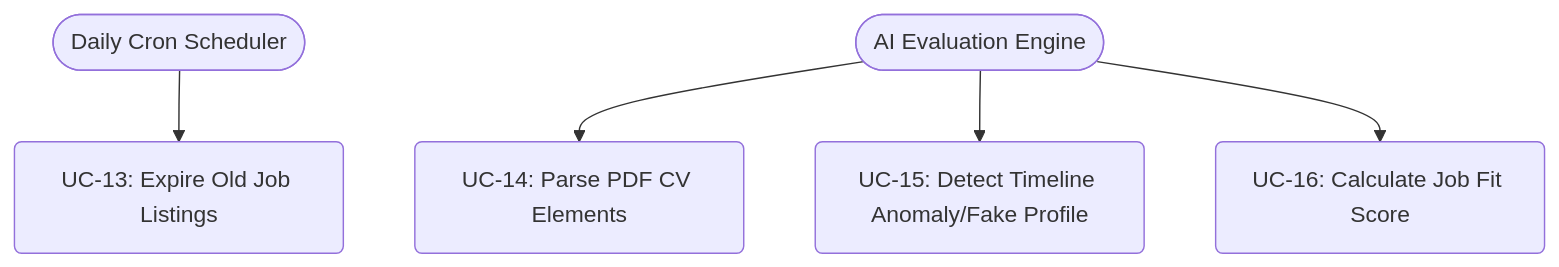
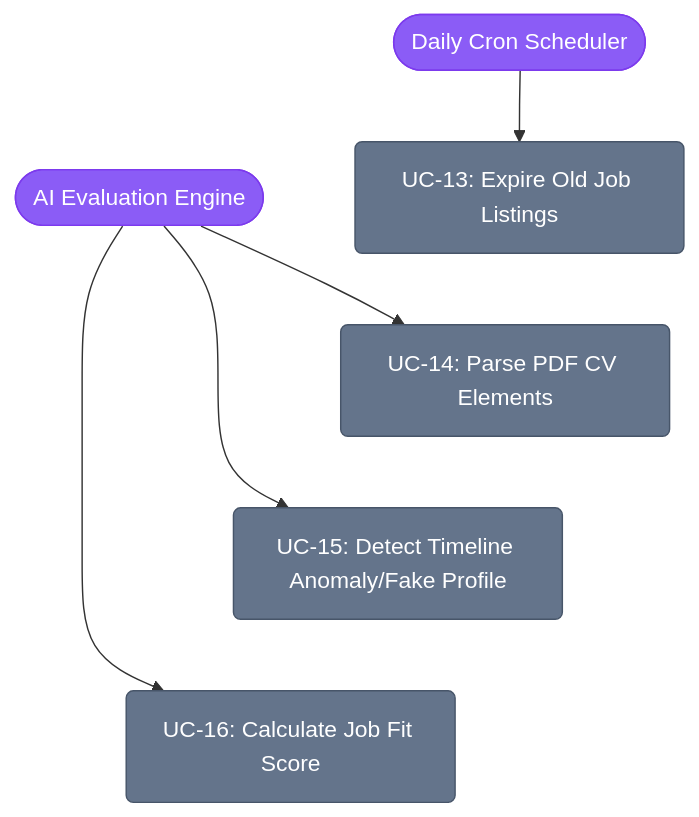
Before and after one commit to anshul755/InternNova: the third of 3 diagrams in documents/use_cases.md, drawn with Mermaid. The commit also changed other lines of this file, not shown here.

Commit message:
docs: update use Cases

````diff
--- a/documents/use_cases.md
+++ b/documents/use_cases.md
@@ -65,15 +95,27 @@
 ```mermaid
 graph TD
+    %% Actors
     Scheduler([Daily Cron Scheduler])
     AIEngine([AI Evaluation Engine])
 
-    UC13(UC-13: Expire Old Job Listings)
-    UC14(UC-14: Parse PDF CV Elements)
-    UC15(UC-15: Detect Timeline Anomaly/Fake Profile)
-    UC16(UC-16: Calculate Job Fit Score)
+    %% Use Cases
+    UC13("UC-13: Expire Old Job Listings")
+    UC14("UC-14: Parse PDF CV Elements")
+    UC15("UC-15: Detect Timeline Anomaly/Fake Profile")
+    UC16("UC-16: Calculate Job Fit Score")
 
+    %% Relations
     Scheduler --> UC13
     AIEngine --> UC14
     AIEngine --> UC15
     AIEngine --> UC16
+
+    %% Layout Constraints (Forces vertical alignment)
+    UC13 ~~~ UC14 ~~~ UC15 ~~~ UC16
+
+    %% Styling
+    classDef actor fill:#8b5cf6,stroke:#7c3aed,color:#fff
+    classDef usecase fill:#64748b,stroke:#475569,color:#fff
+    class Scheduler,AIEngine actor
+    class UC13,UC14,UC15,UC16 usecase
 ```
````
